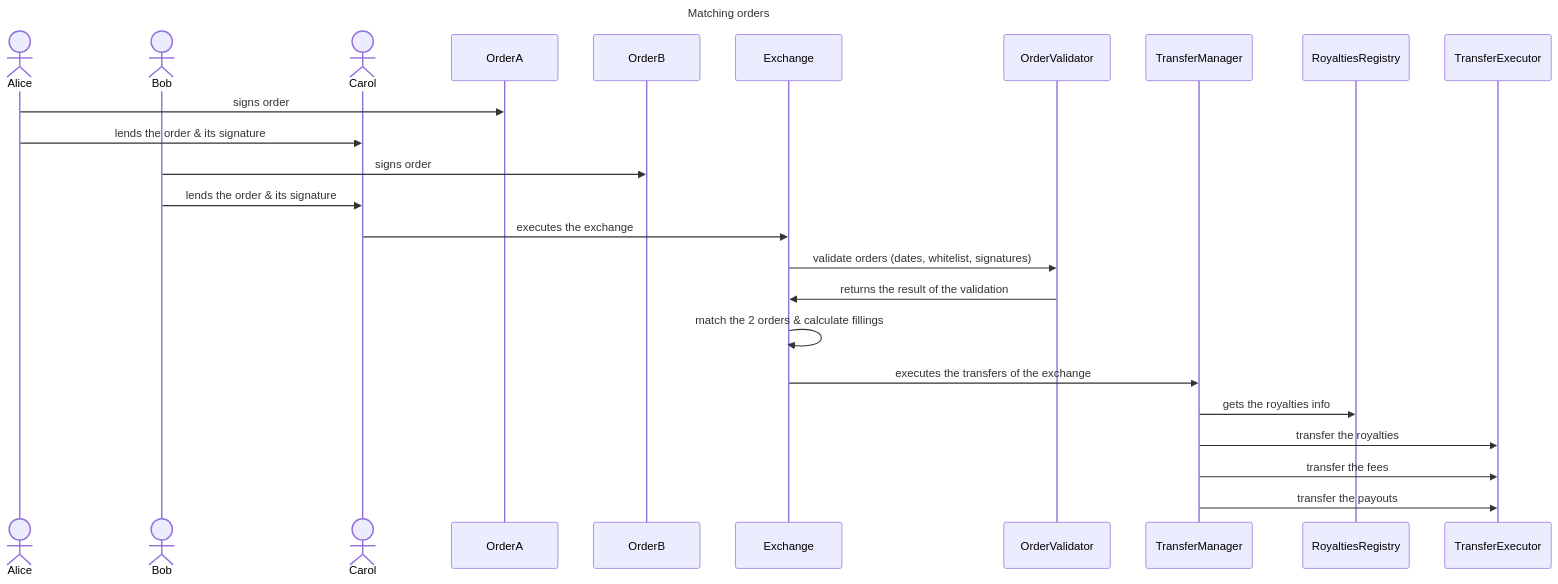
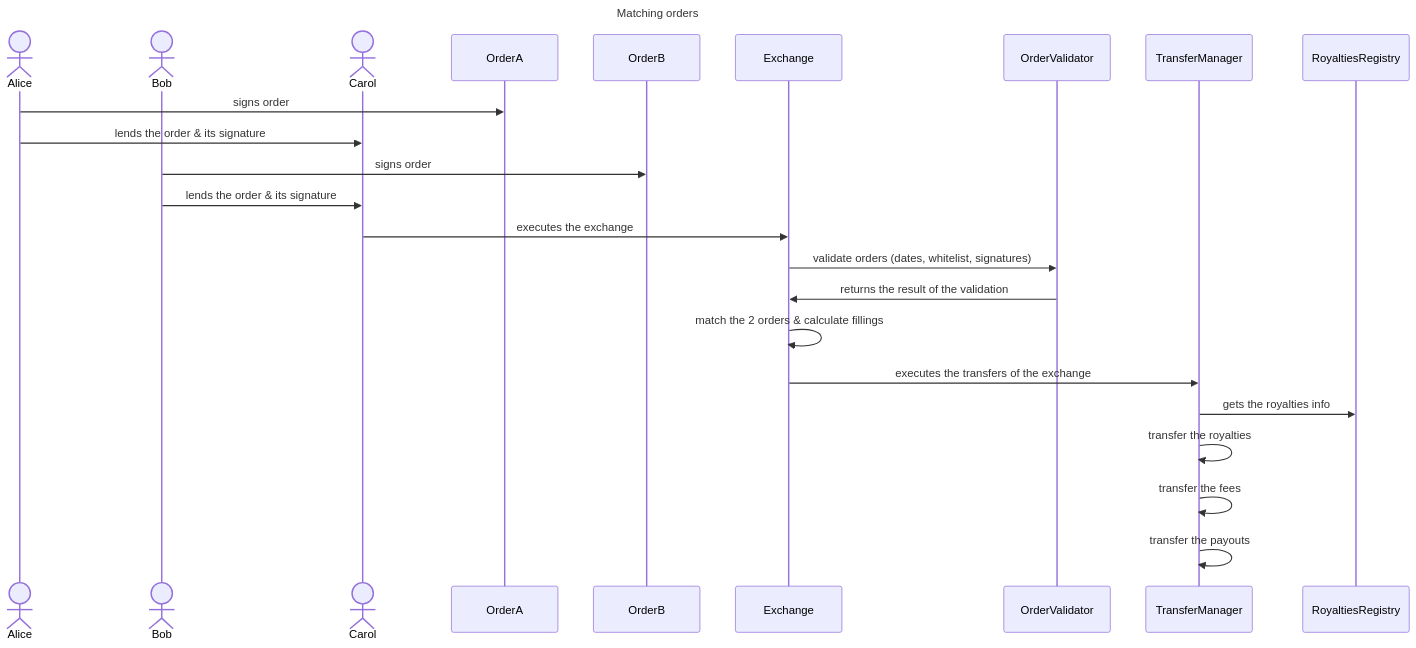
The first of 2 diagrams in packages/marketplace/docs/Exchange.md (thesandboxgame/sandbox-smart-contracts), drawn with Mermaid before and after one commit. The commit also changed other lines of this file and 4 other files, not shown here.

````diff
--- a/packages/marketplace/docs/Exchange.md
+++ b/packages/marketplace/docs/Exchange.md
@@ -144,30 +153,29 @@
 ```mermaid
 sequenceDiagram
 
 title: Matching orders
 
 actor Alice
 actor Bob
 actor Carol
 participant OrderA
 participant OrderB
 participant Exchange
 participant OrderValidator
 participant TransferManager
 participant RoyaltiesRegistry
-participant TransferExecutor
 
 Alice->>OrderA: signs order
 Alice->>Carol: lends the order & its signature
 Bob->>OrderB: signs order
 Bob->>Carol: lends the order & its signature
 Carol->>Exchange: executes the exchange 
 Exchange->>OrderValidator: validate orders (dates, whitelist, signatures)
 OrderValidator->>Exchange: returns the result of the validation
 Exchange->>Exchange: match the 2 orders & calculate fillings
 Exchange->>TransferManager: executes the transfers of the exchange
 TransferManager->>RoyaltiesRegistry: gets the royalties info
-TransferManager->>TransferExecutor: transfer the royalties
-TransferManager->>TransferExecutor: transfer the fees
-TransferManager->>TransferExecutor: transfer the payouts
+TransferManager->>TransferManager: transfer the royalties
+TransferManager->>TransferManager: transfer the fees
+TransferManager->>TransferManager: transfer the payouts
 ```
````
